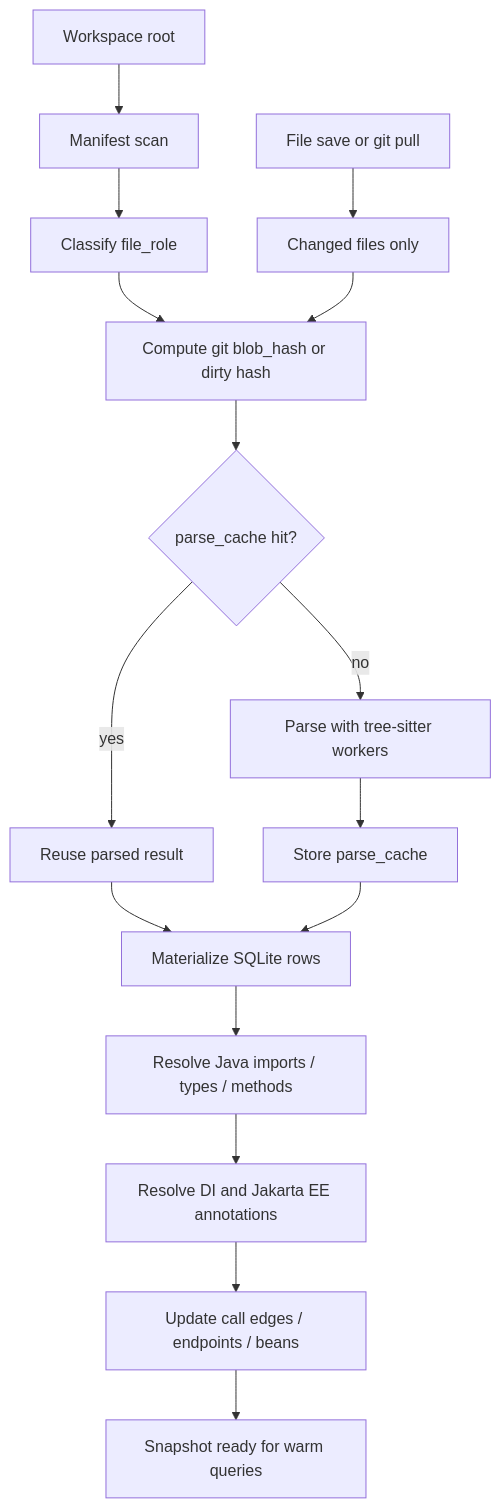
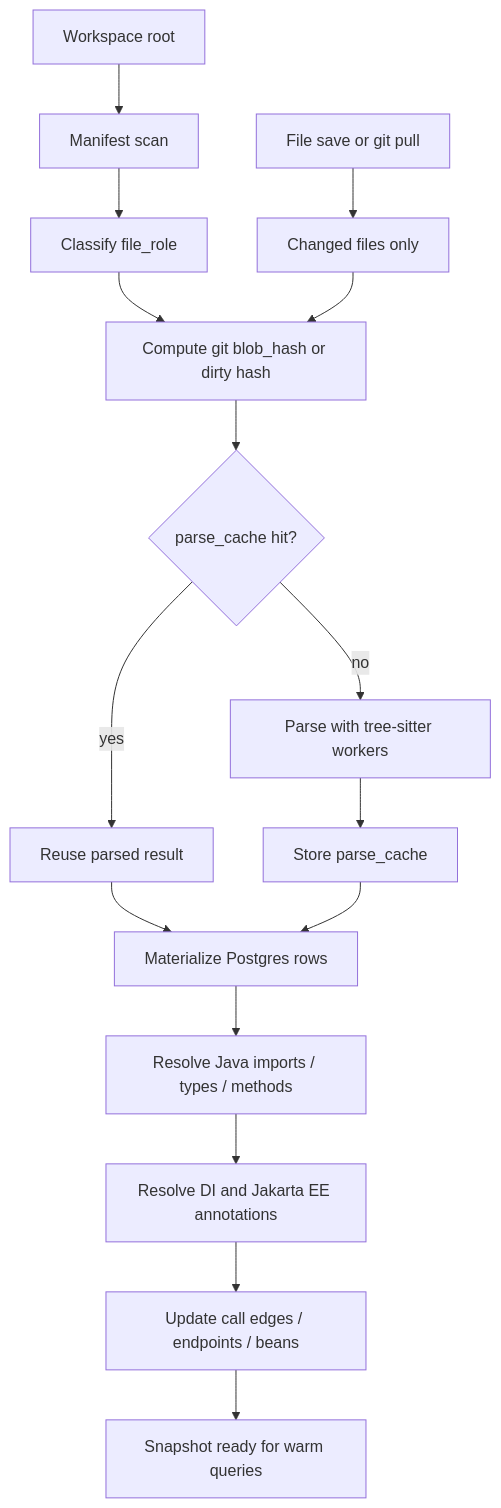
Before and after one commit to vndkubi/code-graph: the second of 4 diagrams in README.md, drawn with Mermaid. The commit also changed other lines of this file and 27 other files, not shown here.

````diff
--- a/README.md
+++ b/README.md
@@ -1117,22 +1132,22 @@
 ```mermaid
 flowchart TD
   A["Workspace root"] --> B["Manifest scan"]
   B --> C["Classify file_role"]
   C --> D["Compute git blob_hash or dirty hash"]
 
   D --> E{"parse_cache hit?"}
   E -->|yes| F["Reuse parsed result"]
   E -->|no| G["Parse with tree-sitter workers"]
   G --> H["Store parse_cache"]
 
-  F --> I["Materialize SQLite rows"]
+  F --> I["Materialize Postgres rows"]
   H --> I
 
   I --> J["Resolve Java imports / types / methods"]
   J --> K["Resolve DI and Jakarta EE annotations"]
   K --> L["Update call edges / endpoints / beans"]
   L --> M["Snapshot ready for warm queries"]
 
   N["File save or git pull"] --> O["Changed files only"]
   O --> D
 ```
````
